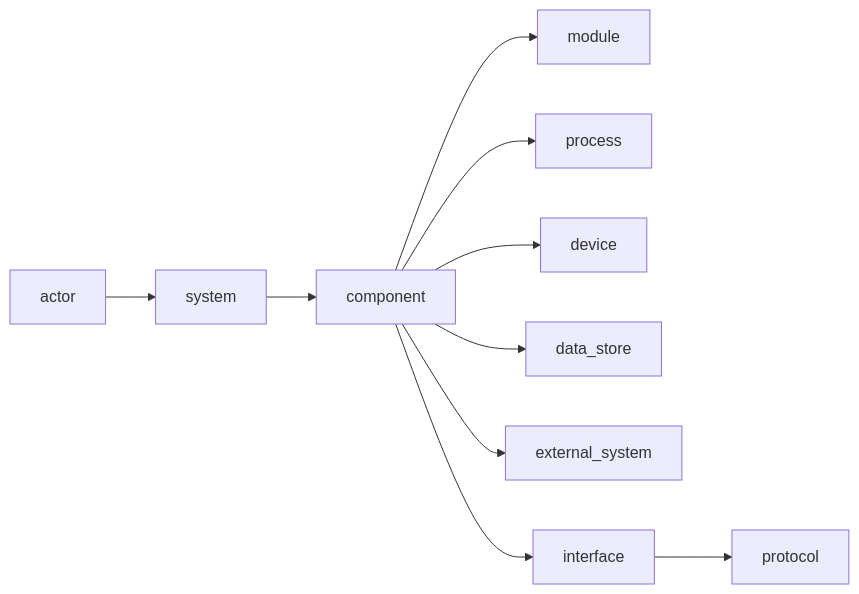
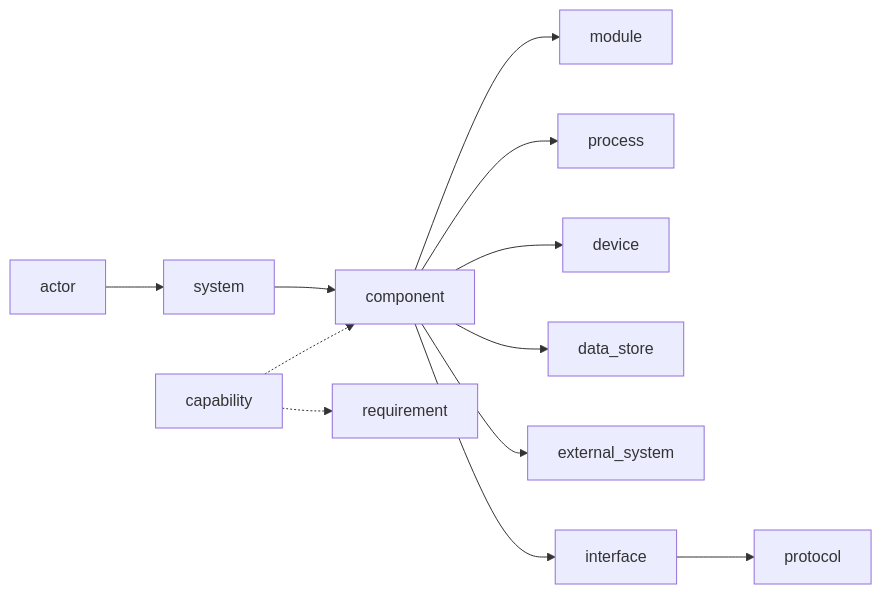
The first of 2 diagrams in docs/architecture/architecture-layer.md (joaosimsic/spec-framework), drawn with Mermaid before and after one commit. The commit also changed other lines of this file and 40 other files, not shown here.

````diff
--- a/docs/architecture/architecture-layer.md
+++ b/docs/architecture/architecture-layer.md
@@ -29,12 +29,14 @@
 ```mermaid
 flowchart LR
     Actor[actor] --> System[system]
     System --> Component[component]
     Component --> Module[module]
     Component --> Process[process]
     Component --> Device[device]
     Component --> Store[data_store]
     Component --> External[external_system]
     Component --> Interface[interface]
     Interface --> Protocol[protocol]
+    Capability[capability] -.-> Component
+    Capability -.-> Requirement[requirement]
 ```
````
